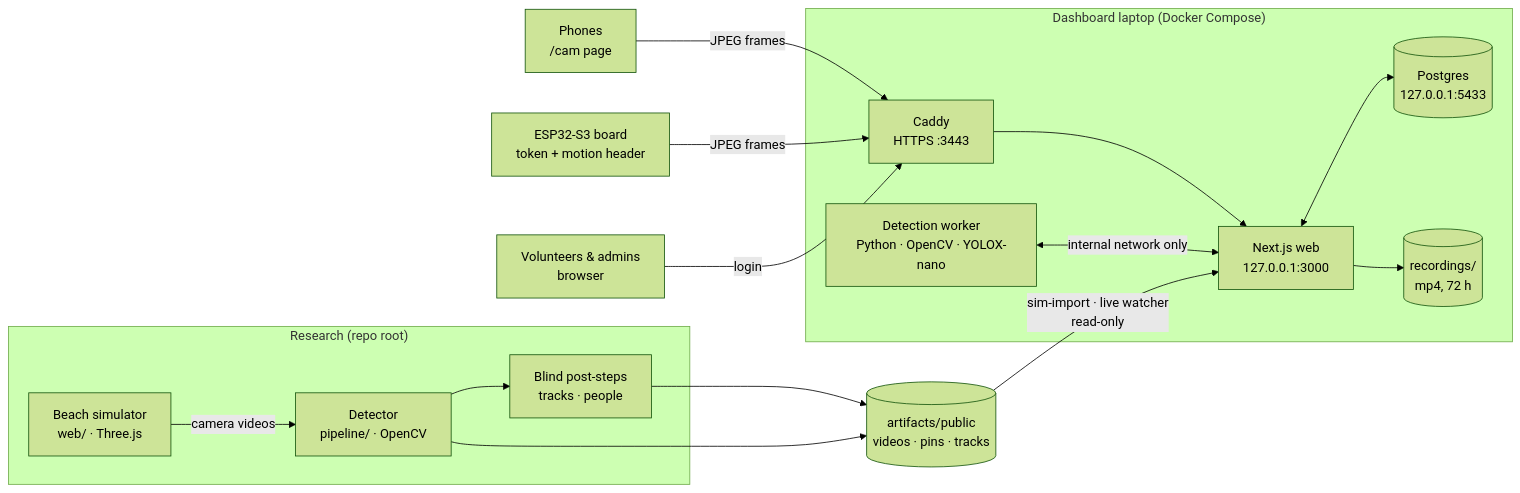
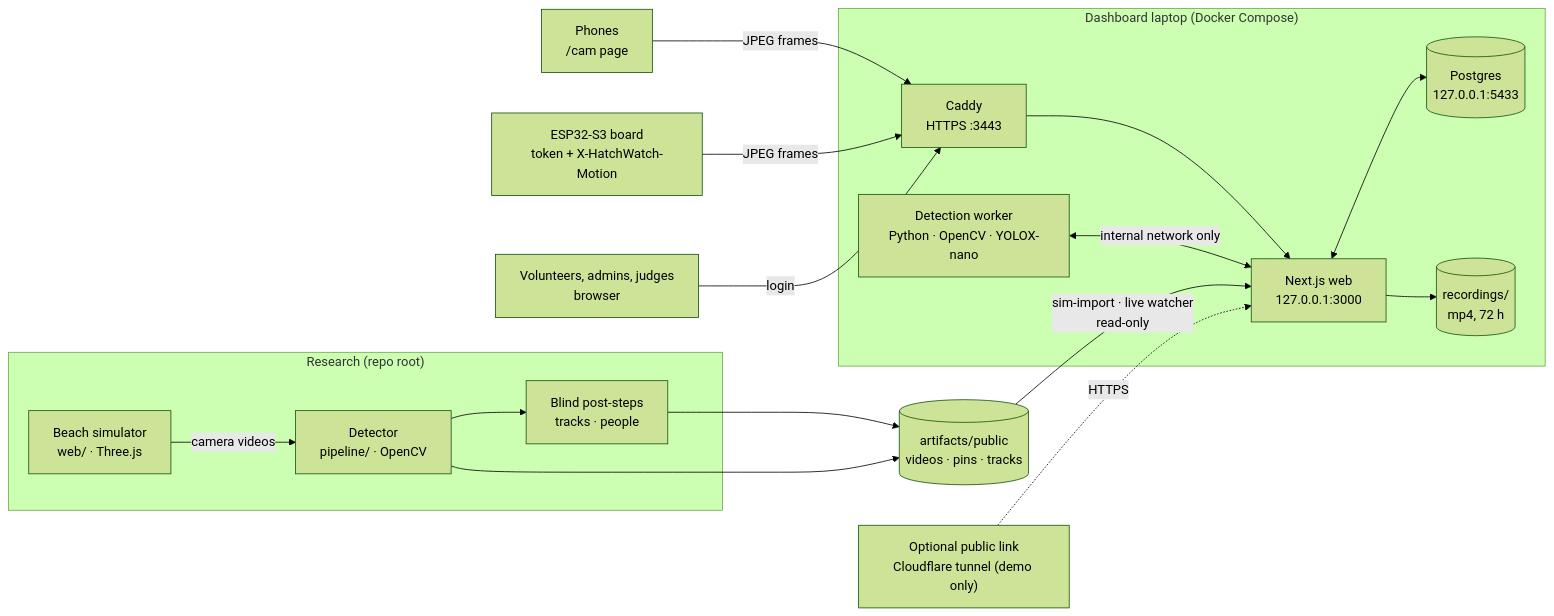
Before and after one commit to nothing2me/hatchwatch: the first of 5 diagrams in README.md, drawn with Mermaid (forest theme). The commit also changed other lines of this file and 1 other file, not shown here.

Commit message:
docs: README diagrams for the Cameras page, watch masks in the alert path, Settings and the HatchWatch names

````diff
--- a/README.md
+++ b/README.md
@@ -39,31 +39,32 @@
 ```mermaid
 flowchart LR
     subgraph research["Research (repo root)"]
         sim["Beach simulator<br/>web/ · Three.js"]
         pipe["Detector<br/>pipeline/ · OpenCV"]
         post["Blind post-steps<br/>tracks · people"]
         sim -->|camera videos| pipe --> post
     end
 
     pub[("artifacts/public<br/>videos · pins · tracks")]
     post --> pub
     pipe --> pub
 
     subgraph laptop["Dashboard laptop (Docker Compose)"]
         caddy["Caddy<br/>HTTPS :3443"]
         web["Next.js web<br/>127.0.0.1:3000"]
         db[("Postgres<br/>127.0.0.1:5433")]
         worker["Detection worker<br/>Python · OpenCV · YOLOX-nano"]
         rec[("recordings/<br/>mp4, 72 h")]
         caddy --> web
         web <--> db
         web --> rec
         worker <-->|internal network only| web
     end
 
     pub -->|sim-import · live watcher<br/>read-only| web
 
     phone["Phones<br/>/cam page"] -->|JPEG frames| caddy
-    board["ESP32-S3 board<br/>token + motion header"] -->|JPEG frames| caddy
-    people["Volunteers & admins<br/>browser"] -->|login| caddy
+    board["ESP32-S3 board<br/>token + X-HatchWatch-Motion"] -->|JPEG frames| caddy
+    people["Volunteers, admins, judges<br/>browser"] -->|login| caddy
+    tunnel["Optional public link<br/>Cloudflare tunnel (demo only)"] -.->|HTTPS| web
 ```
````
